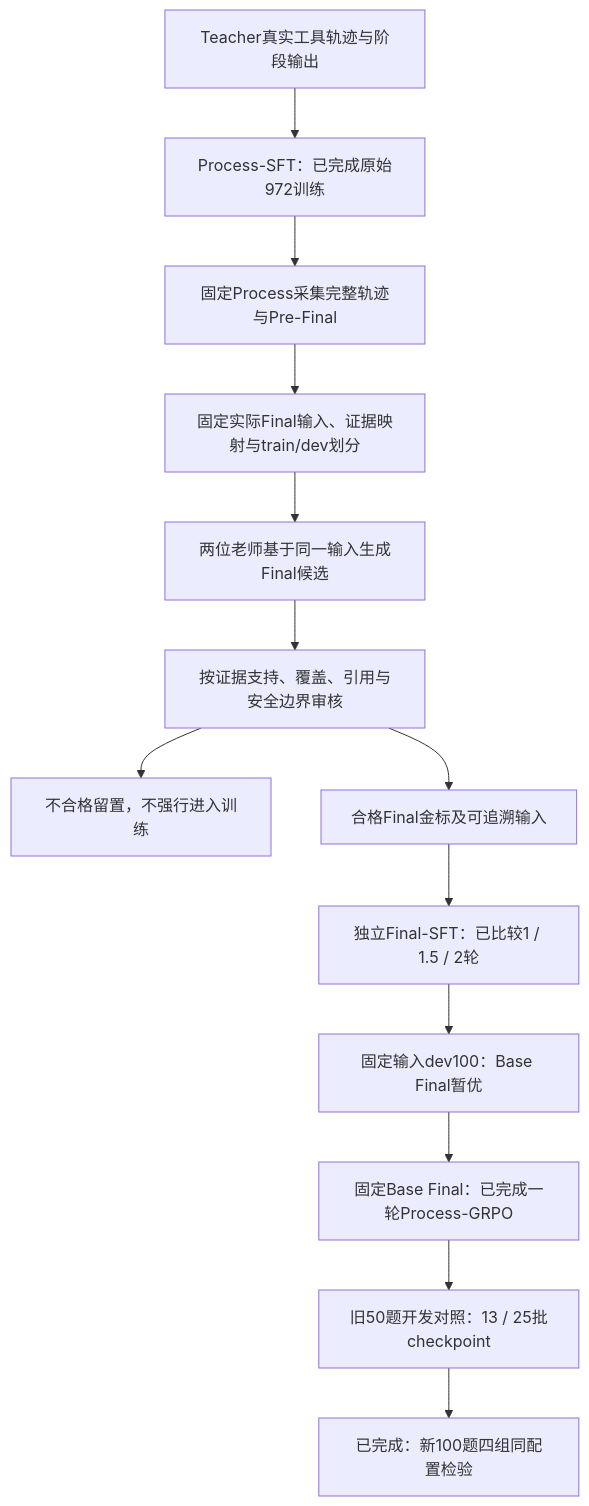
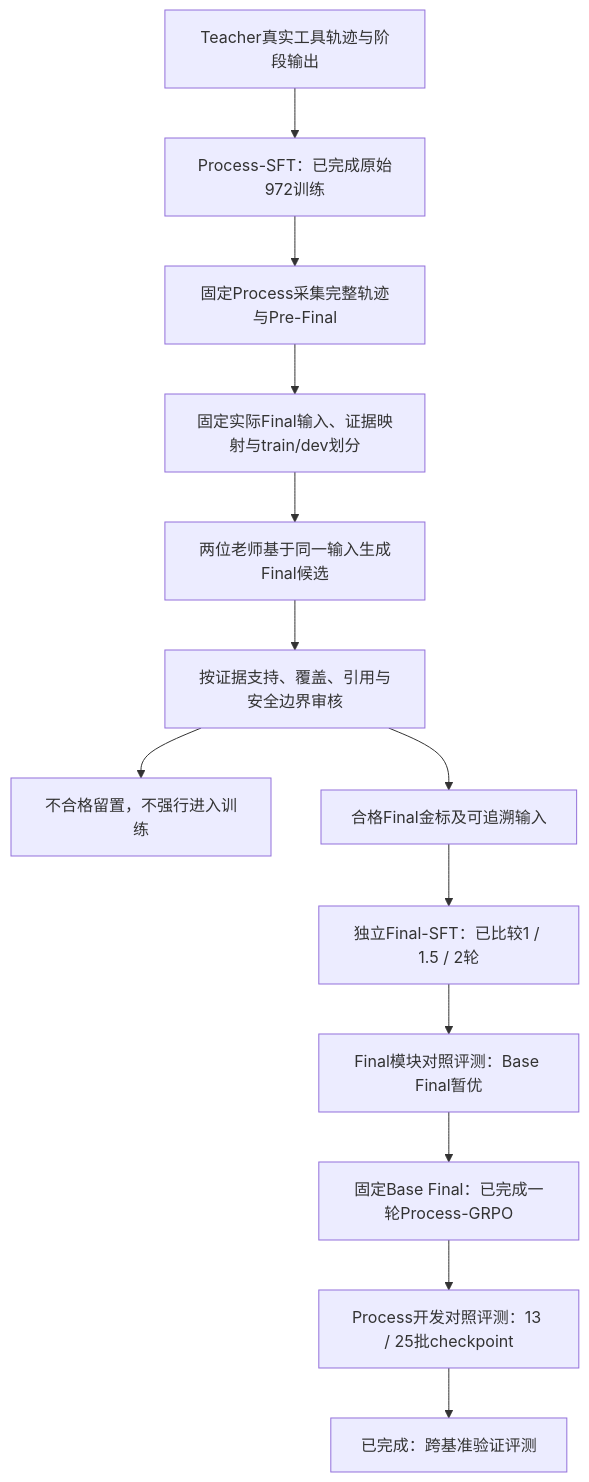
Before and after one commit to MaSunKing/medical-research-agent-grpo: the second of 3 diagrams in README.md, drawn with Mermaid. The commit also changed other lines of this file and 278 other files, not shown here.

````diff
--- a/README.md
+++ b/README.md
@@ -134,15 +142,15 @@
 ```mermaid
 flowchart TB
     Teacher[Teacher真实工具轨迹与阶段输出] --> PSFT[Process-SFT：已完成原始972训练]
     PSFT --> Gather[固定Process采集完整轨迹与Pre-Final]
     Gather --> Freeze[固定实际Final输入、证据映射与train/dev划分]
     Freeze --> Candidates[两位老师基于同一输入生成Final候选]
     Candidates --> Review[按证据支持、覆盖、引用与安全边界审核]
     Review --> Hold[不合格留置，不强行进入训练]
     Review --> Gold[合格Final金标及可追溯输入]
     Gold --> FSFT[独立Final-SFT：已比较1 / 1.5 / 2轮]
-    FSFT --> Compare[固定输入dev100：Base Final暂优]
+    FSFT --> Compare[Final模块对照评测：Base Final暂优]
     Compare --> RL[固定Base Final：已完成一轮Process-GRPO]
-    RL --> Development[旧50题开发对照：13 / 25批checkpoint]
-    Development --> Independent[已完成：新100题四组同配置检验]
+    RL --> Development[Process开发对照评测：13 / 25批checkpoint]
+    Development --> Independent[已完成：跨基准验证评测]
 ```
````
